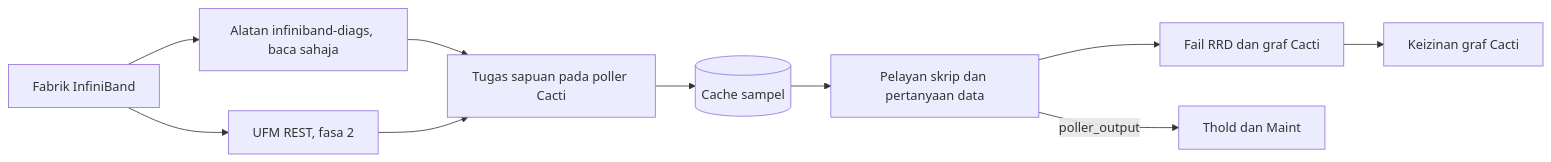
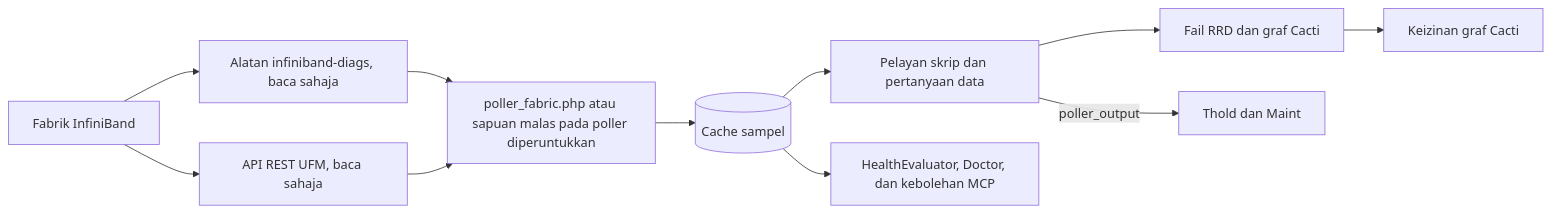
Before and after one commit to somethingwithproof/plugin_fabric: the diagram in docs/i18n/ms-MY/README.md, drawn with Mermaid. The commit also changed other lines of this file and 48 other files, not shown here.

````diff
--- a/docs/i18n/ms-MY/README.md
+++ b/docs/i18n/ms-MY/README.md
@@ -102,12 +132,13 @@
 ```mermaid
 flowchart LR
     F[Fabrik InfiniBand] --> T[Alatan infiniband-diags, baca sahaja]
-    F --> U[UFM REST, fasa 2]
-    T --> S[Tugas sapuan pada poller Cacti]
+    F --> U[API REST UFM, baca sahaja]
+    T --> S[poller_fabric.php atau sapuan malas pada poller diperuntukkan]
     U --> S
     S --> C[(Cache sampel)]
     C --> SS[Pelayan skrip dan pertanyaan data]
     SS --> R[Fail RRD dan graf Cacti]
     SS -->|poller_output| TH[Thold dan Maint]
+    C --> H[HealthEvaluator, Doctor, dan kebolehan MCP]
     R --> P[Keizinan graf Cacti]
 ```
````
